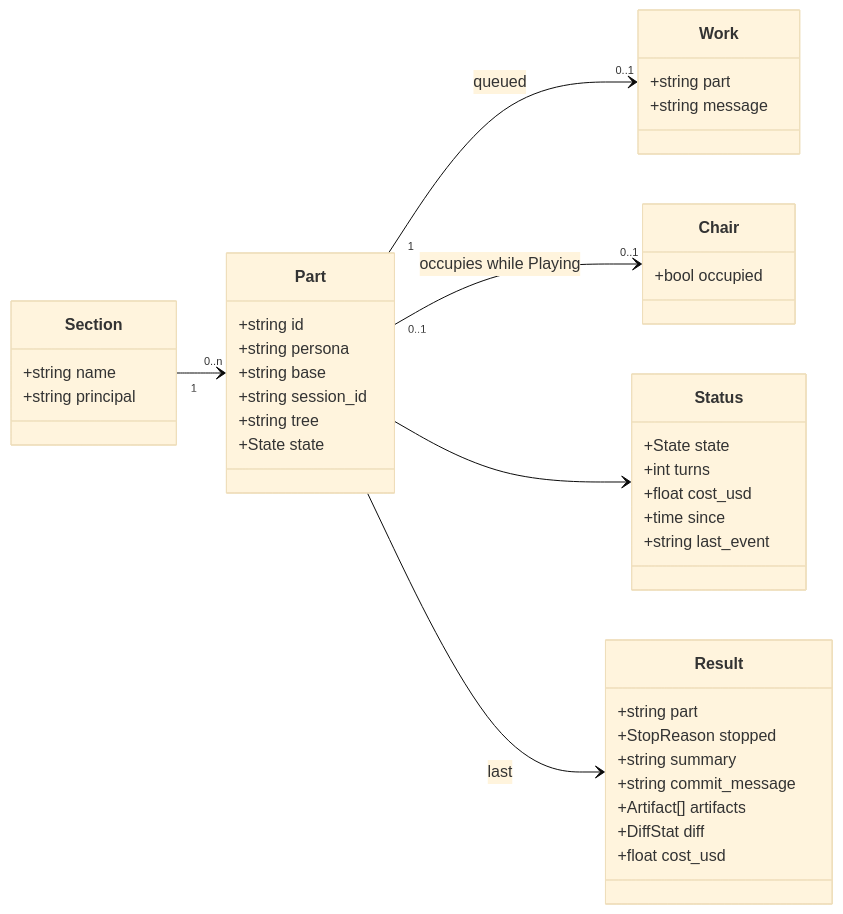
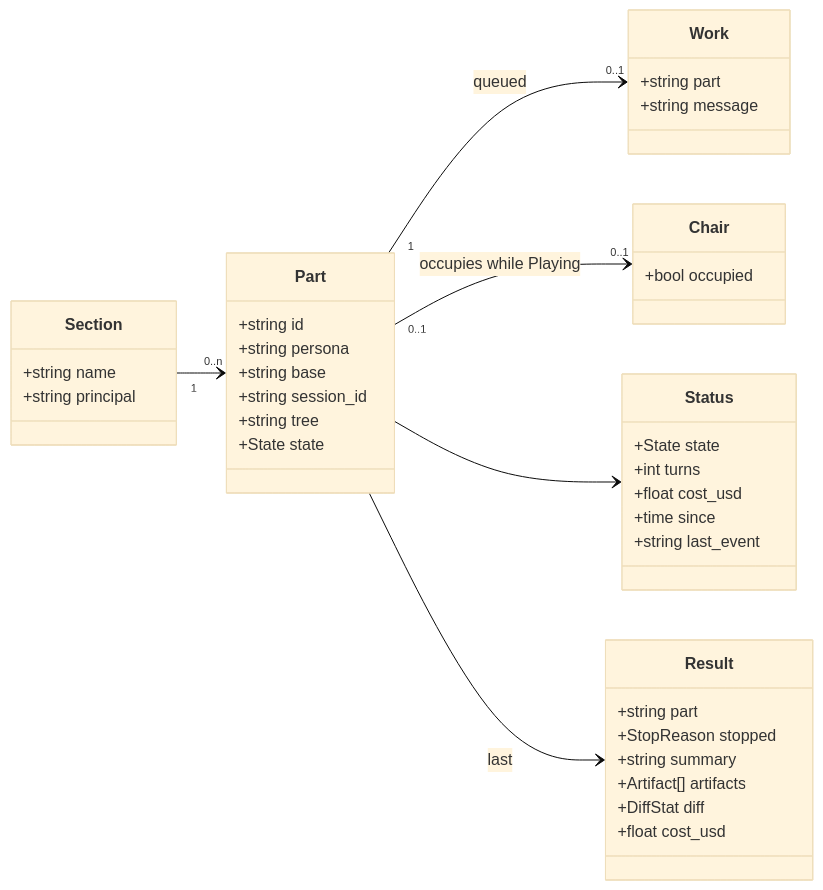
The diagram in docs/ensemble/diagrams/contract-types.md (noclearreaction/symphony-maestro), drawn with Mermaid (base theme) before and after one commit. The commit also changed 6 other files, not shown here.

````diff
--- a/docs/ensemble/diagrams/contract-types.md
+++ b/docs/ensemble/diagrams/contract-types.md
@@ -5,44 +5,43 @@
 ```mermaid
 classDiagram
   direction LR
   class Part {
     +string id
     +string persona
     +string base
     +string session_id
     +string tree
     +State state
   }
   class Chair {
     +bool occupied
   }
   class Work {
     +string part
     +string message
   }
   class Status {
     +State state
     +int turns
     +float cost_usd
     +time since
     +string last_event
   }
   class Result {
     +string part
     +StopReason stopped
     +string summary
-    +string commit_message
     +Artifact[] artifacts
     +DiffStat diff
     +float cost_usd
   }
   class Section {
     +string name
     +string principal
   }
   Section "1" --> "0..n" Part
   Part "1" --> "0..1" Work : queued
   Part "0..1" --> "0..1" Chair : occupies while Playing
   Part --> Status
   Part --> Result : last
 ```
````
